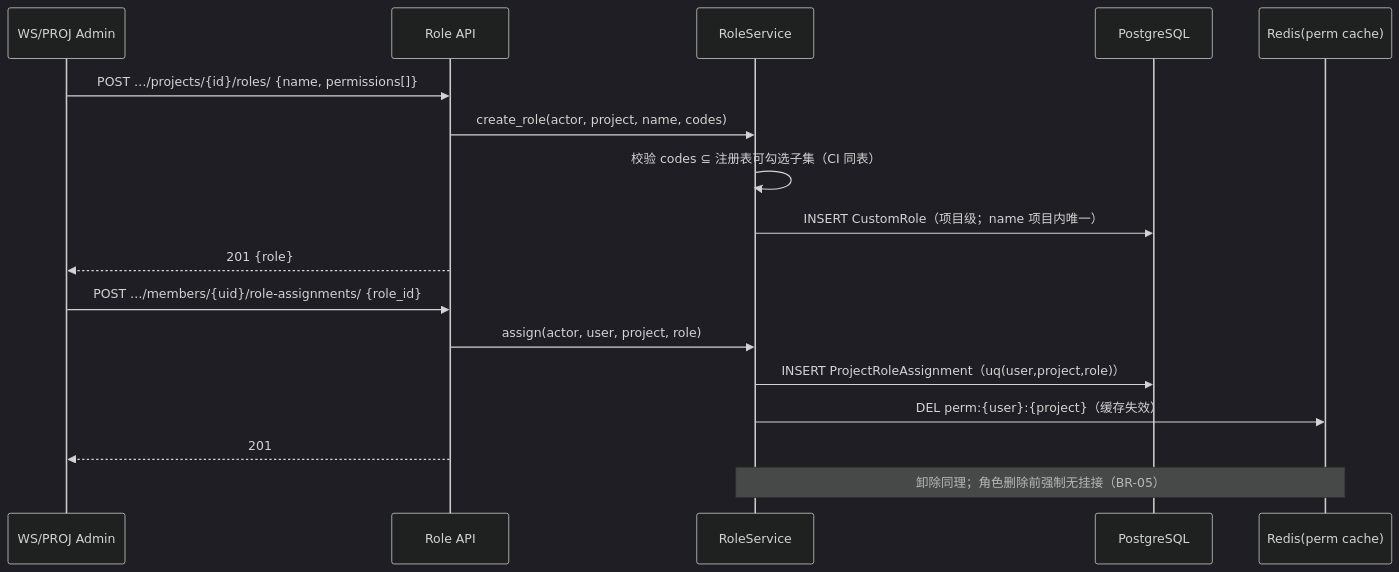
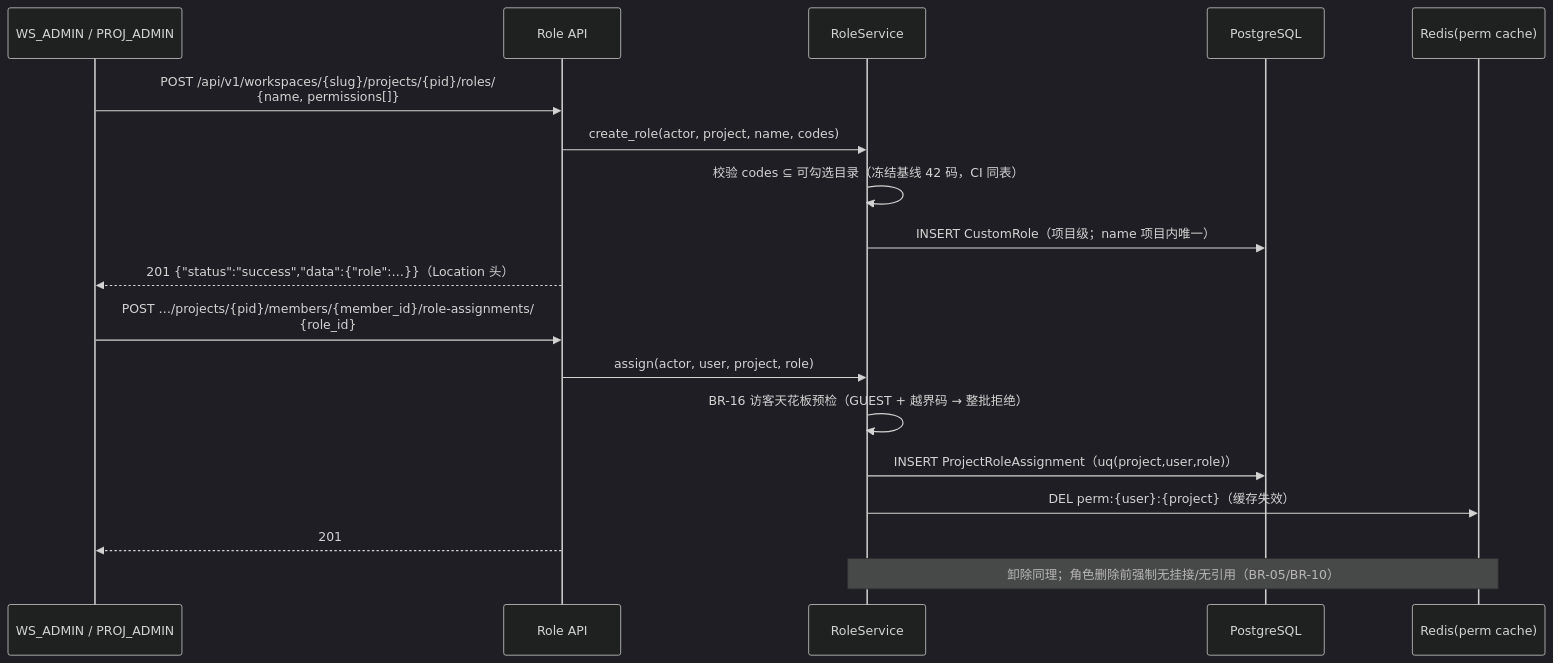
The second of 3 diagrams in docs/sprint-8-enterprise-org/AUTH-008-custom-roles.md (RabbitAI-Lab/RabbitProjects), drawn with Mermaid (dark theme) before and after one commit. The commit also changed other lines of this file and 13 other files, not shown here.

````diff
--- a/docs/sprint-8-enterprise-org/AUTH-008-custom-roles.md
+++ b/docs/sprint-8-enterprise-org/AUTH-008-custom-roles.md
@@ -93,21 +108,22 @@
 ```mermaid
 sequenceDiagram
-    participant A as WS/PROJ Admin
+    participant A as WS_ADMIN / PROJ_ADMIN
     participant API as Role API
     participant S as RoleService
     participant DB as PostgreSQL
     participant R as Redis(perm cache)
 
-    A->>API: POST …/projects/{id}/roles/ {name, permissions[]}
+    A->>API: POST /api/v1/workspaces/{slug}/projects/{pid}/roles/<br/>{name, permissions[]}
     API->>S: create_role(actor, project, name, codes)
-    S->>S: 校验 codes ⊆ 注册表可勾选子集（CI 同表）
+    S->>S: 校验 codes ⊆ 可勾选目录（冻结基线 42 码，CI 同表）
     S->>DB: INSERT CustomRole（项目级；name 项目内唯一）
-    API-->>A: 201 {role}
+    API-->>A: 201 {"status":"success","data":{"role":…}}（Location 头）
 
-    A->>API: POST …/members/{uid}/role-assignments/ {role_id}
+    A->>API: POST …/projects/{pid}/members/{member_id}/role-assignments/<br/>{role_id}
     API->>S: assign(actor, user, project, role)
-    S->>DB: INSERT ProjectRoleAssignment（uq(user,project,role)）
+    S->>S: BR-16 访客天花板预检（GUEST + 越界码 → 整批拒绝）
+    S->>DB: INSERT ProjectRoleAssignment（uq(project,user,role)）
     S->>R: DEL perm:{user}:{project}（缓存失效）
     API-->>A: 201
-    Note over S,R: 卸除同理；角色删除前强制无挂接（BR-05）
+    Note over S,R: 卸除同理；角色删除前强制无挂接/无引用（BR-05/BR-10）
 ```
````
